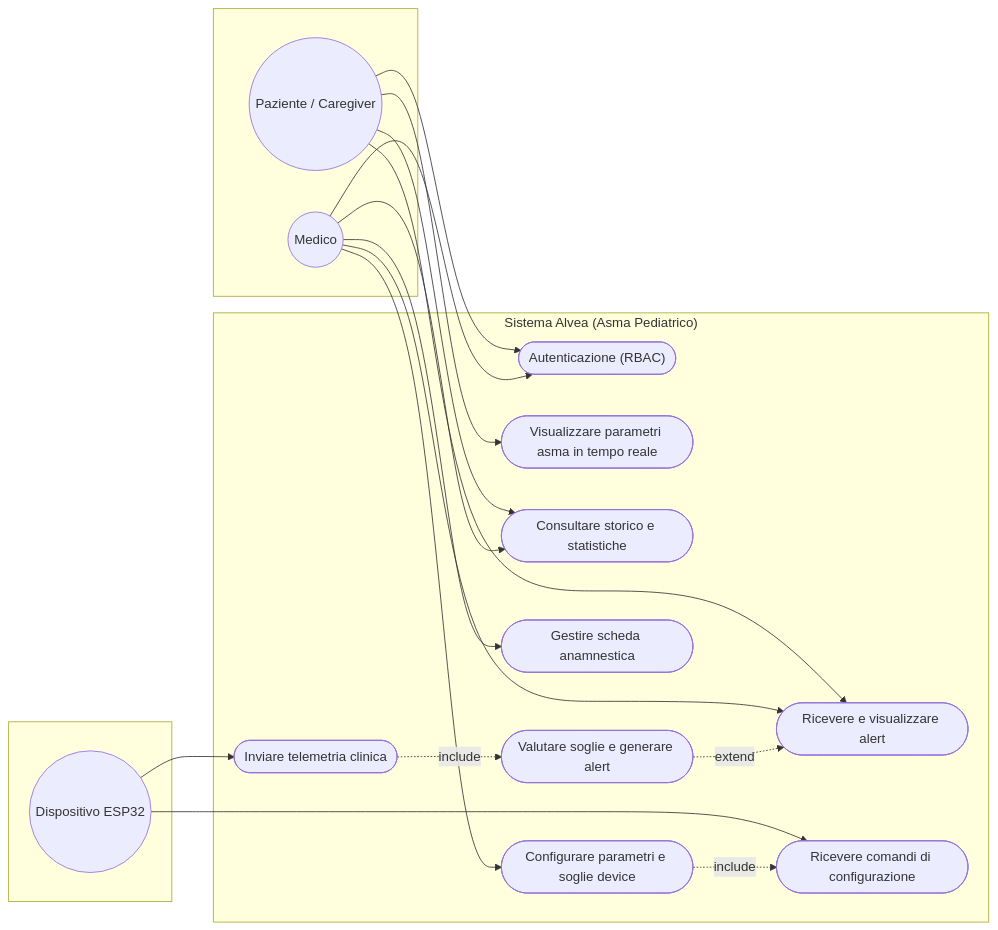
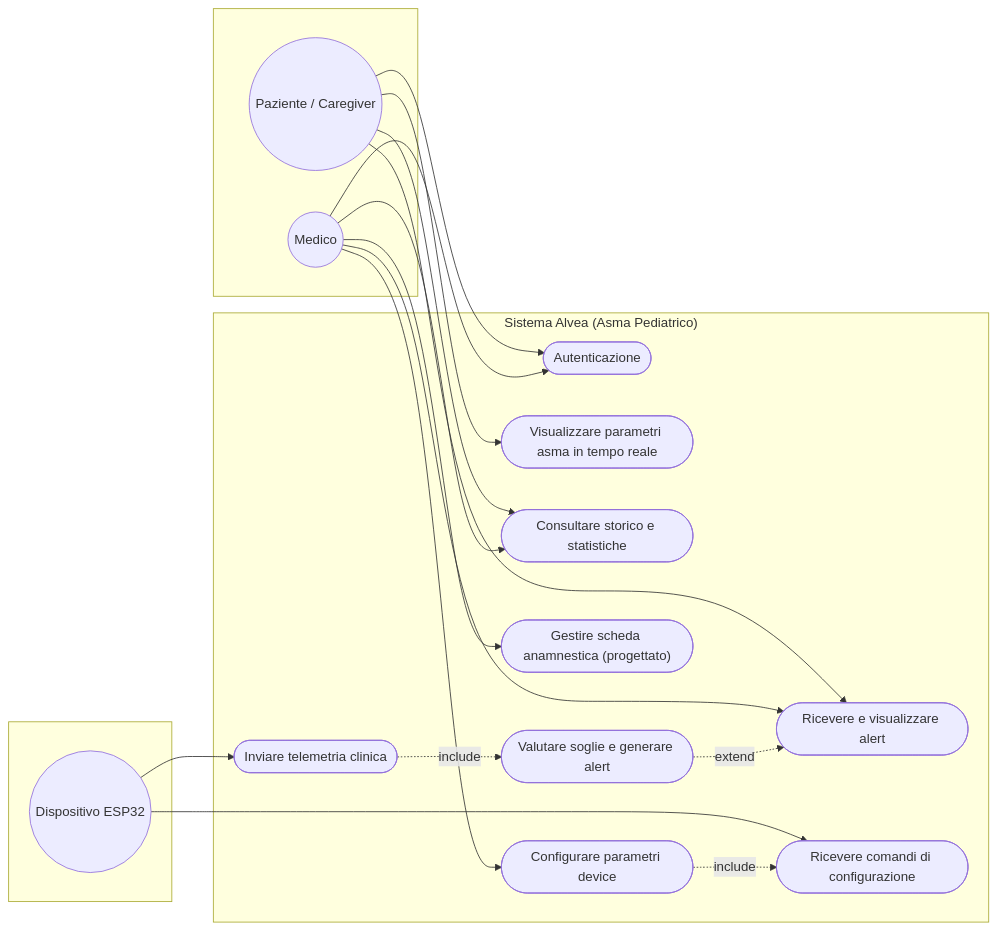
The diagram in docs/02-use-case.md (acrisci05/Alvea), drawn with Mermaid before and after one commit. The commit also changed other lines of this file and 7 other files, not shown here.

````diff
--- a/docs/02-use-case.md
+++ b/docs/02-use-case.md
@@ -5,41 +9,41 @@
 ```mermaid
 flowchart LR
     subgraph attori_primari[" "]
         PAZ((Paziente / Caregiver))
         MED((Medico))
     end
     
     subgraph Sistema["Sistema Alvea (Asma Pediatrico)"]
-        UC1(["Autenticazione (RBAC)"])
+        UC1(["Autenticazione"])
         UC2(["Visualizzare parametri asma in tempo reale"])
         UC3(["Ricevere e visualizzare alert"])
         UC4(["Consultare storico e statistiche"])
-        UC5(["Configurare parametri e soglie device"])
-        UC6(["Gestire scheda anamnestica"])
+        UC5(["Configurare parametri device"])
+        UC6(["Gestire scheda anamnestica (progettato)"])
         UC7(["Inviare telemetria clinica"])
         UC8(["Ricevere comandi di configurazione"])
         UC9(["Valutare soglie e generare alert"])
     end
     
     subgraph attori_secondari[" "]
         ESP((Dispositivo ESP32))
     end
 
     PAZ --> UC1
     PAZ --> UC2
     PAZ --> UC3
     PAZ --> UC4
 
     MED --> UC1
     MED --> UC3
     MED --> UC4
     MED --> UC5
     MED --> UC6
 
     ESP --> UC7
     ESP --> UC8
 
     UC7 -. include .-> UC9
     UC9 -. extend .-> UC3
     UC5 -. include .-> UC8
 ```
````
